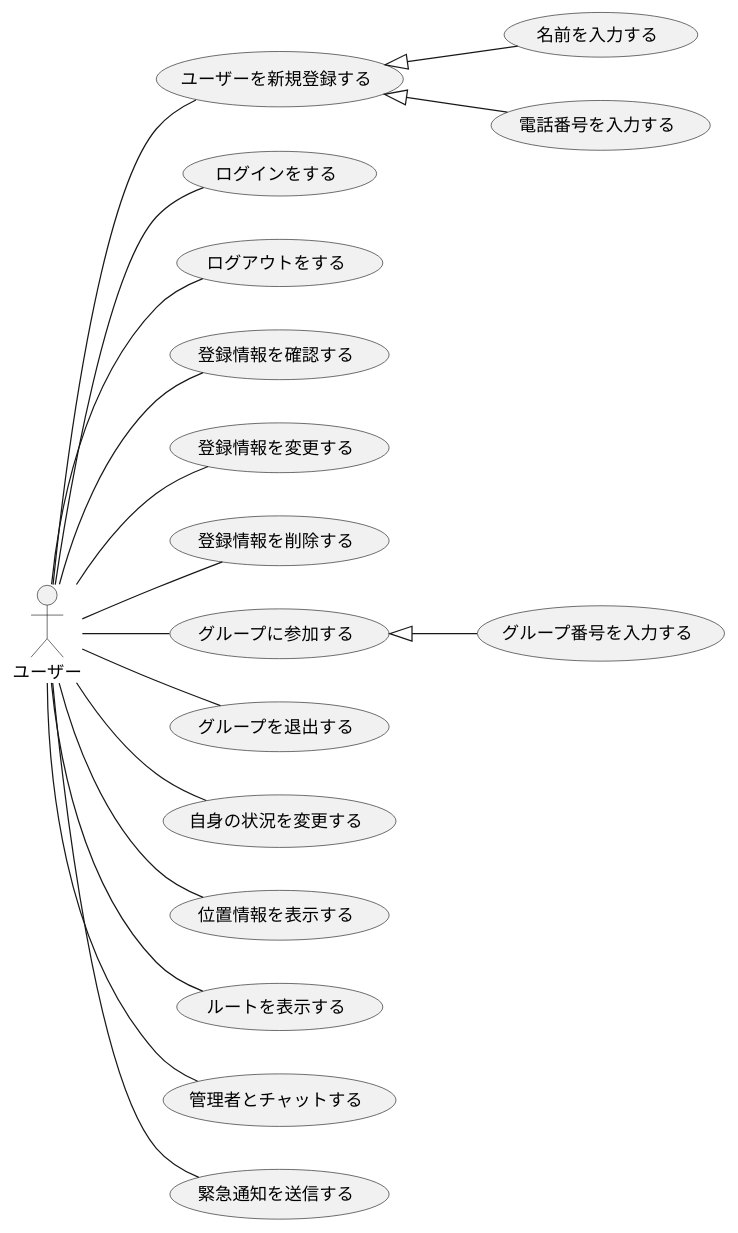
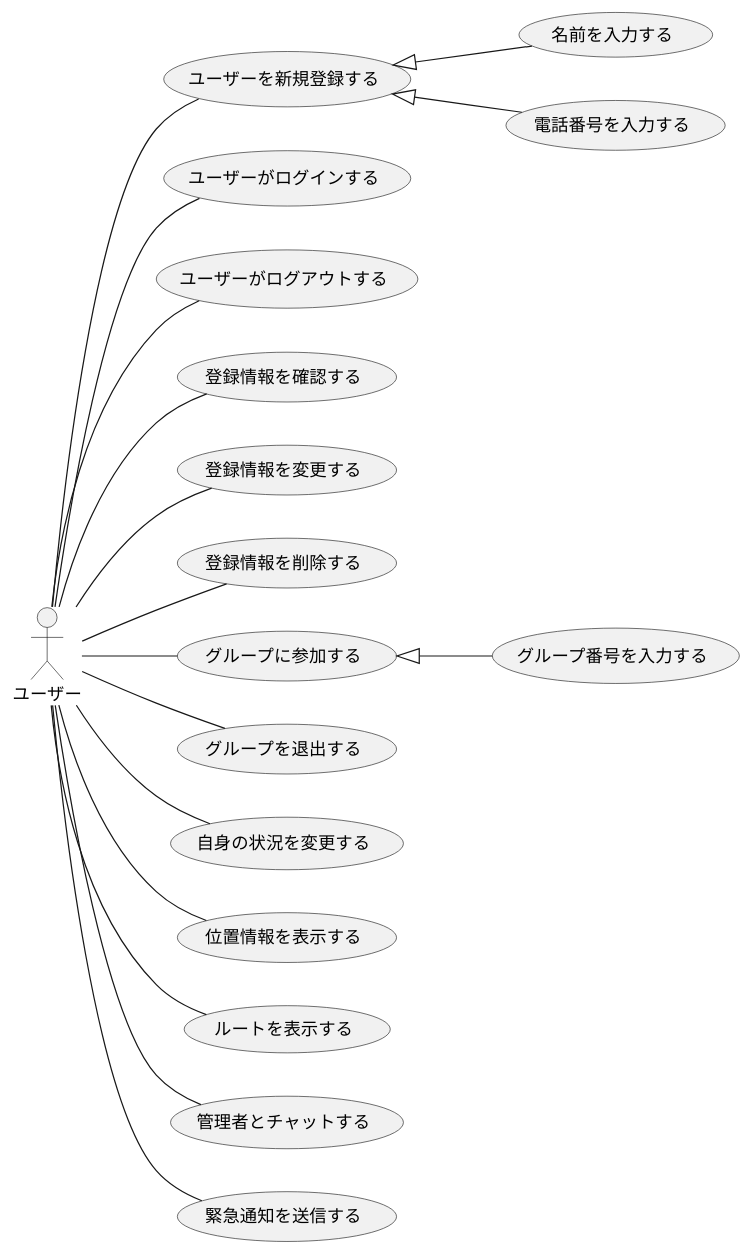
Before and after one commit to ksw2270227/GroupF: the diagram in F_usecase_user.plantuml, drawn with PlantUML.

Commit message:
斉藤編集

```diff
--- a/F_usecase_user.plantuml
+++ b/F_usecase_user.plantuml
@@ -1,27 +1,27 @@
 @startuml ユースケース
 
 left to right direction
 actor ユーザー
 
 ユーザー -- (ユーザーを新規登録する)
-ユーザー -- (ログインをする)
-ユーザー -- (ログアウトをする)
+ユーザー -- (ユーザーがログインする)
+ユーザー -- (ユーザーがログアウトする)
 ユーザー -- (登録情報を確認する)
 ユーザー -- (登録情報を変更する)
 ユーザー -- (登録情報を削除する)
 ユーザー -- (グループに参加する)
 ユーザー -- (グループを退出する)
 ユーザー -- (自身の状況を変更する)
 ユーザー -- (位置情報を表示する)
 ユーザー -- (ルートを表示する)
 ユーザー -- (管理者とチャットする)
 ユーザー -- (緊急通知を送信する)
 
 
 
 (ユーザーを新規登録する) <|-- (名前を入力する)
 (ユーザーを新規登録する) <|-- (電話番号を入力する)
 
 (グループに参加する) <|-- (グループ番号を入力する)
 
 @enduml
```
